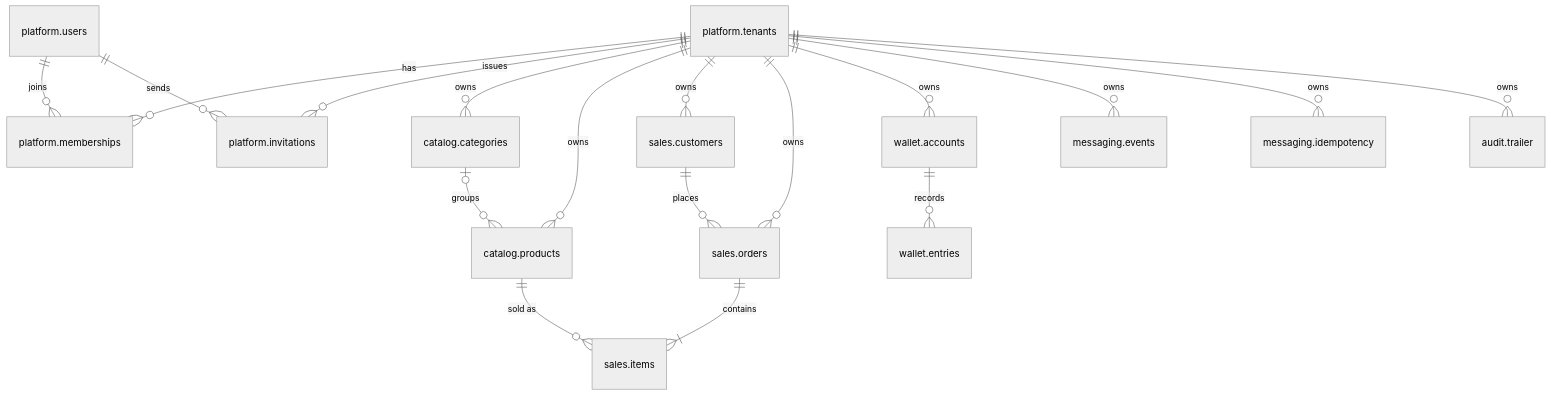
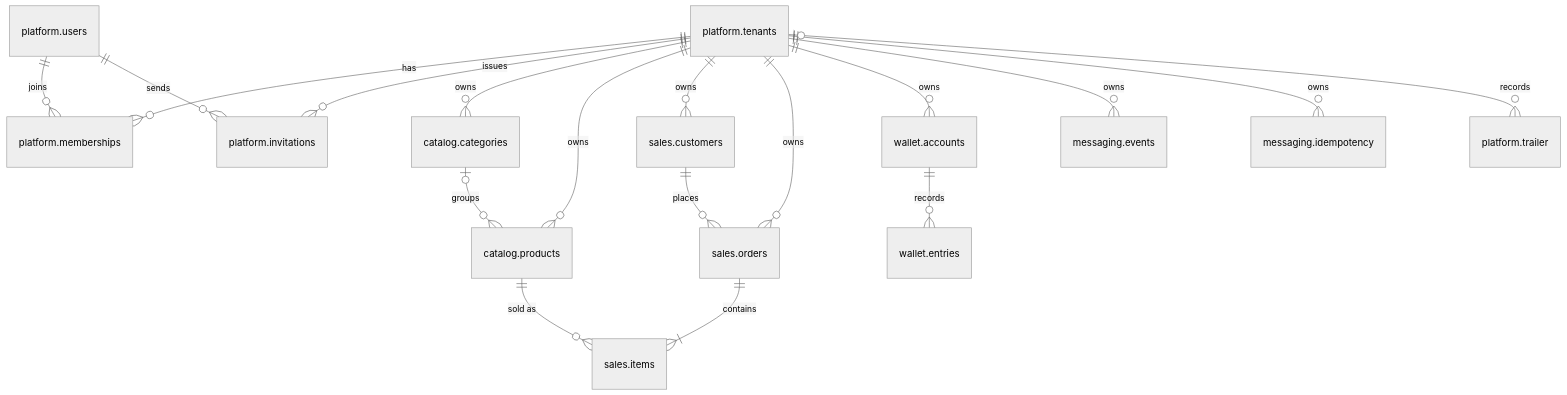
The first of 6 diagrams in drizzle/DIAGRAM.md (ronz204/poc-data-access), drawn with Mermaid (neutral theme) before and after one commit. The commit also changed other lines of this file and 3 other files, not shown here.

````diff
--- a/drizzle/DIAGRAM.md
+++ b/drizzle/DIAGRAM.md
@@ -63,35 +62,35 @@
 ```mermaid
 erDiagram
     platform_tenants["platform.tenants"]
     platform_users["platform.users"]
     platform_memberships["platform.memberships"]
     platform_invitations["platform.invitations"]
     catalog_categories["catalog.categories"]
     catalog_products["catalog.products"]
     sales_customers["sales.customers"]
     sales_orders["sales.orders"]
     sales_items["sales.items"]
     wallet_accounts["wallet.accounts"]
     wallet_entries["wallet.entries"]
     messaging_events["messaging.events"]
     messaging_idempotency["messaging.idempotency"]
-    audit_trailer["audit.trailer"]
+    platform_trailer["platform.trailer"]
 
     platform_tenants ||--o{ platform_memberships : has
     platform_users ||--o{ platform_memberships : joins
     platform_tenants ||--o{ platform_invitations : issues
     platform_users ||--o{ platform_invitations : sends
     platform_tenants ||--o{ catalog_categories : owns
     platform_tenants ||--o{ catalog_products : owns
     platform_tenants ||--o{ sales_customers : owns
     platform_tenants ||--o{ sales_orders : owns
     platform_tenants ||--o{ wallet_accounts : owns
     platform_tenants ||--o{ messaging_events : owns
     platform_tenants ||--o{ messaging_idempotency : owns
-    platform_tenants ||--o{ audit_trailer : owns
+    platform_tenants |o--o{ platform_trailer : records
     catalog_categories |o--o{ catalog_products : groups
     sales_customers ||--o{ sales_orders : places
     sales_orders ||--|{ sales_items : contains
     catalog_products ||--o{ sales_items : "sold as"
     wallet_accounts ||--o{ wallet_entries : records
 ```
````
